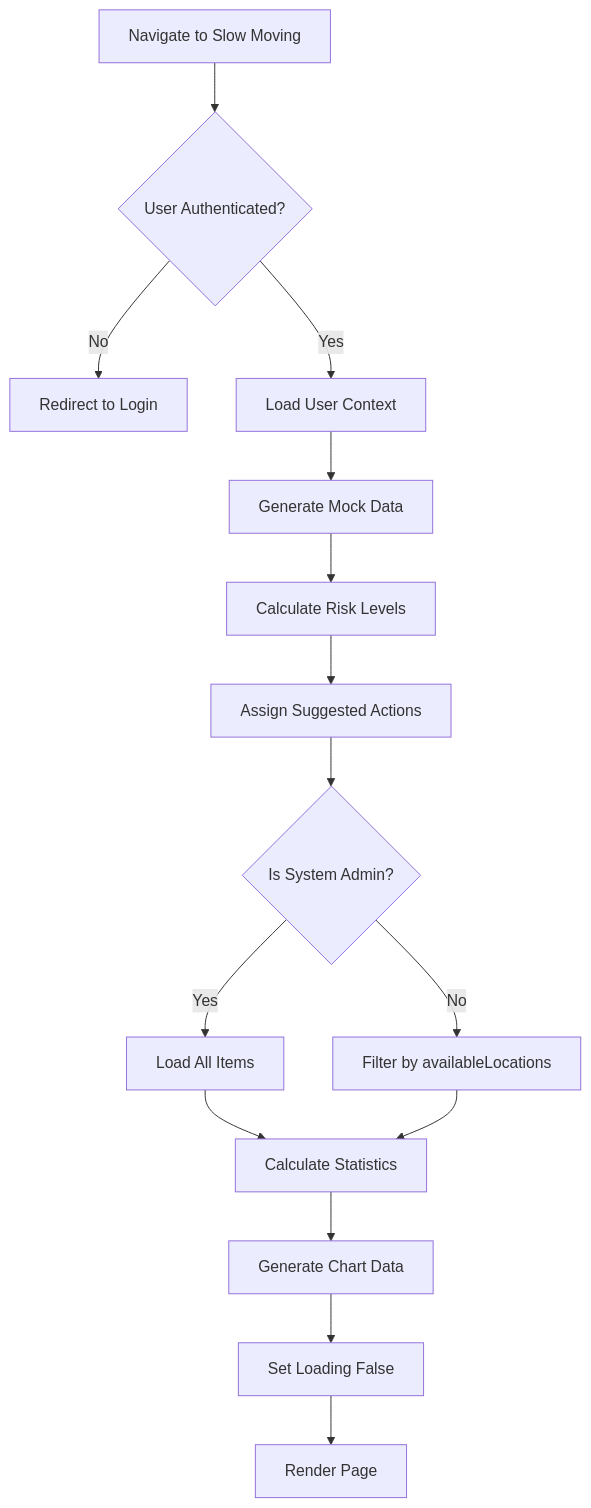
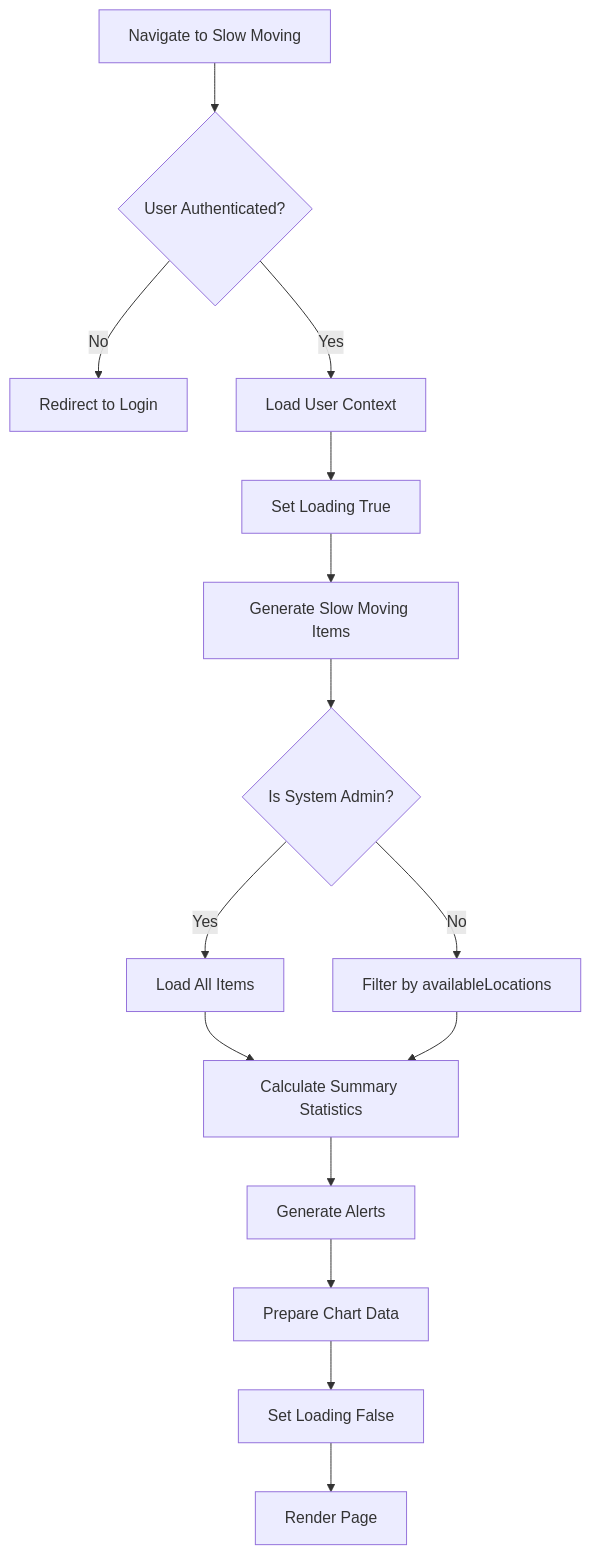
One commit to PeakMNA/carmen changed the first of 18 diagrams in docs/app/inventory-management/stock-overview/slow-moving/FD-slow-moving.md. Above: the diagram before and after it, drawn with Mermaid. The commit also changed other lines of this file and 473 other files, not shown here.

````diff
--- a/docs/app/inventory-management/stock-overview/slow-moving/FD-slow-moving.md
+++ b/docs/app/inventory-management/stock-overview/slow-moving/FD-slow-moving.md
@@ -15,17 +22,17 @@
 ```mermaid
 flowchart TD
     A[Navigate to Slow Moving] --> B{User Authenticated?}
     B -->|No| C[Redirect to Login]
     B -->|Yes| D[Load User Context]
-    D --> E[Generate Mock Data]
-    E --> F[Calculate Risk Levels]
-    F --> G[Assign Suggested Actions]
-    G --> H{Is System Admin?}
-    H -->|Yes| I[Load All Items]
-    H -->|No| J[Filter by availableLocations]
-    I --> K[Calculate Statistics]
-    J --> K
-    K --> L[Generate Chart Data]
+    D --> E[Set Loading True]
+    E --> F[Generate Slow Moving Items]
+    F --> G{Is System Admin?}
+    G -->|Yes| H[Load All Items]
+    G -->|No| I[Filter by availableLocations]
+    H --> J[Calculate Summary Statistics]
+    I --> J
+    J --> K[Generate Alerts]
+    K --> L[Prepare Chart Data]
     L --> M[Set Loading False]
     M --> N[Render Page]
 ```
````
